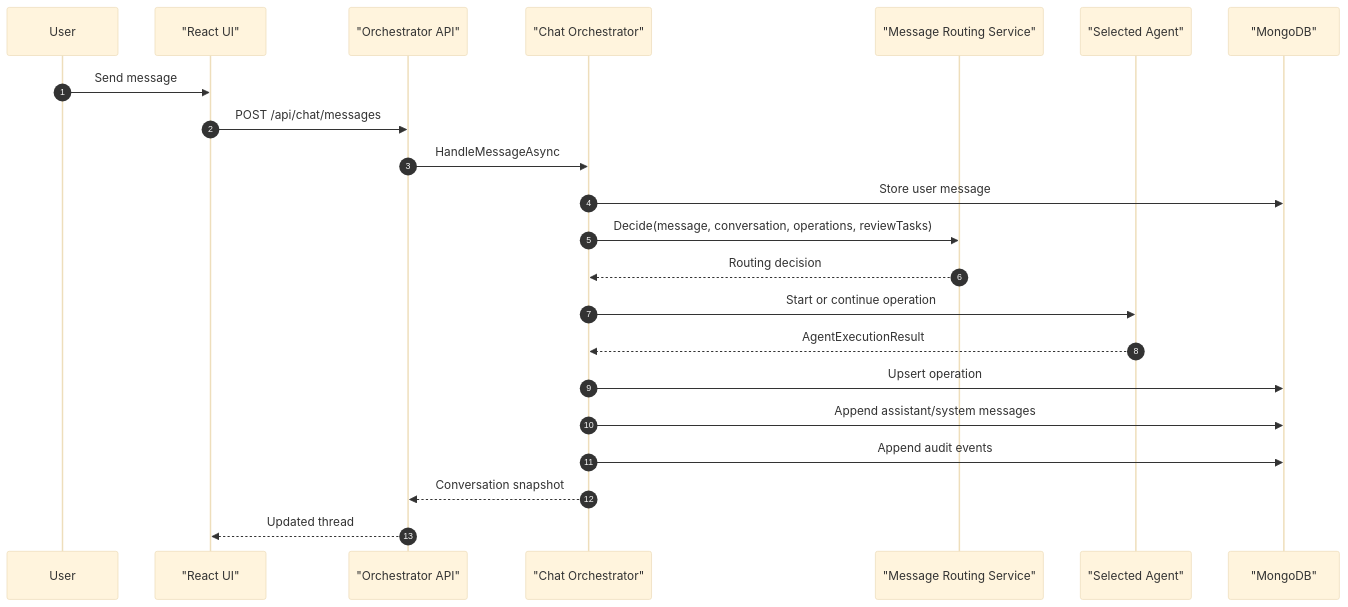
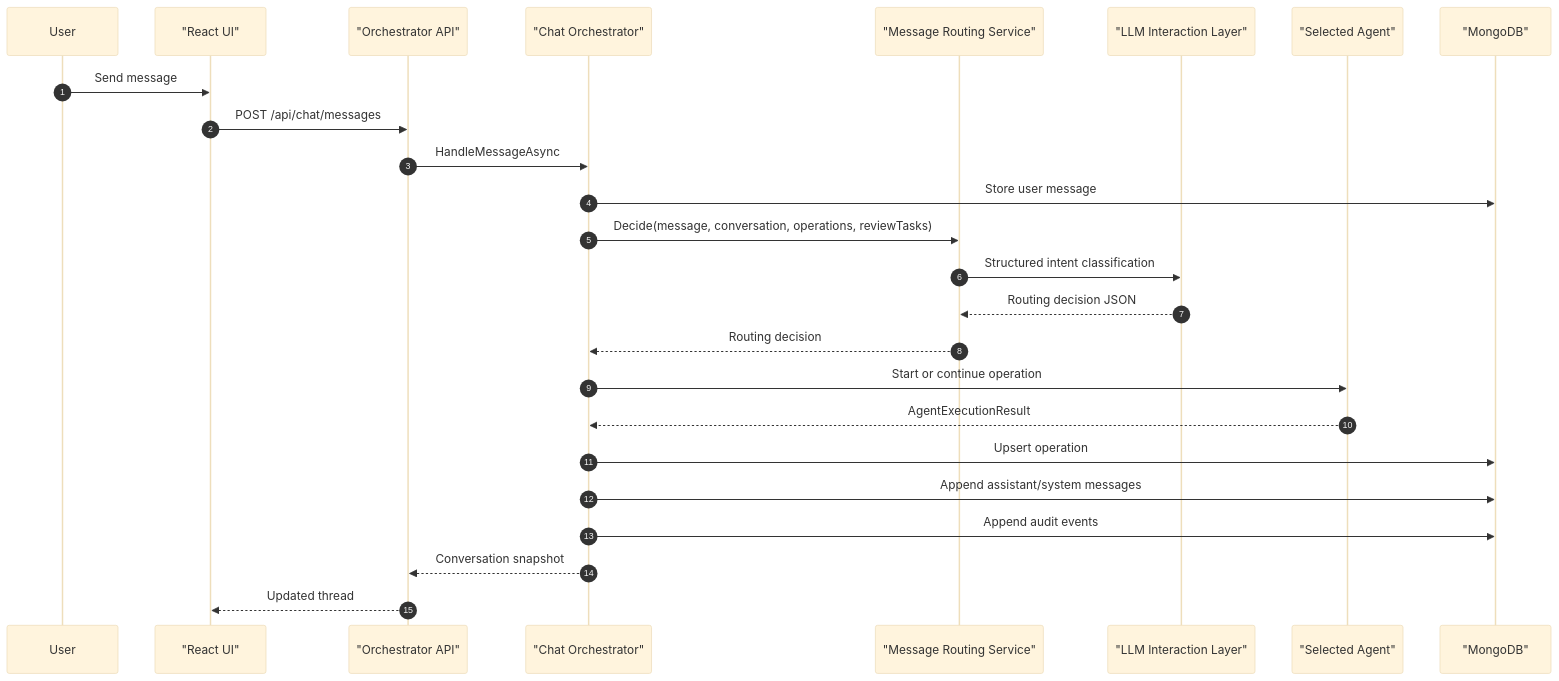
Before and after one commit to naveenpatilcbit/agentic-orchestrator: the fourth of 15 diagrams in docs/system-design.md, drawn with Mermaid (base theme). The commit also changed other lines of this file and 16 other files, not shown here.

````diff
--- a/docs/system-design.md
+++ b/docs/system-design.md
@@ -346,25 +404,28 @@
 ```mermaid
 sequenceDiagram
     autonumber
     participant U as User
     participant UI as "React UI"
     participant API as "Orchestrator API"
     participant CHAT as "Chat Orchestrator"
     participant ROUTER as "Message Routing Service"
+    participant LLM as "LLM Interaction Layer"
     participant AGENT as "Selected Agent"
     participant DB as "MongoDB"
 
     U->>UI: Send message
     UI->>API: POST /api/chat/messages
     API->>CHAT: HandleMessageAsync
     CHAT->>DB: Store user message
     CHAT->>ROUTER: Decide(message, conversation, operations, reviewTasks)
+    ROUTER->>LLM: Structured intent classification
+    LLM-->>ROUTER: Routing decision JSON
     ROUTER-->>CHAT: Routing decision
     CHAT->>AGENT: Start or continue operation
     AGENT-->>CHAT: AgentExecutionResult
     CHAT->>DB: Upsert operation
     CHAT->>DB: Append assistant/system messages
     CHAT->>DB: Append audit events
     CHAT-->>API: Conversation snapshot
     API-->>UI: Updated thread
 ```
````
